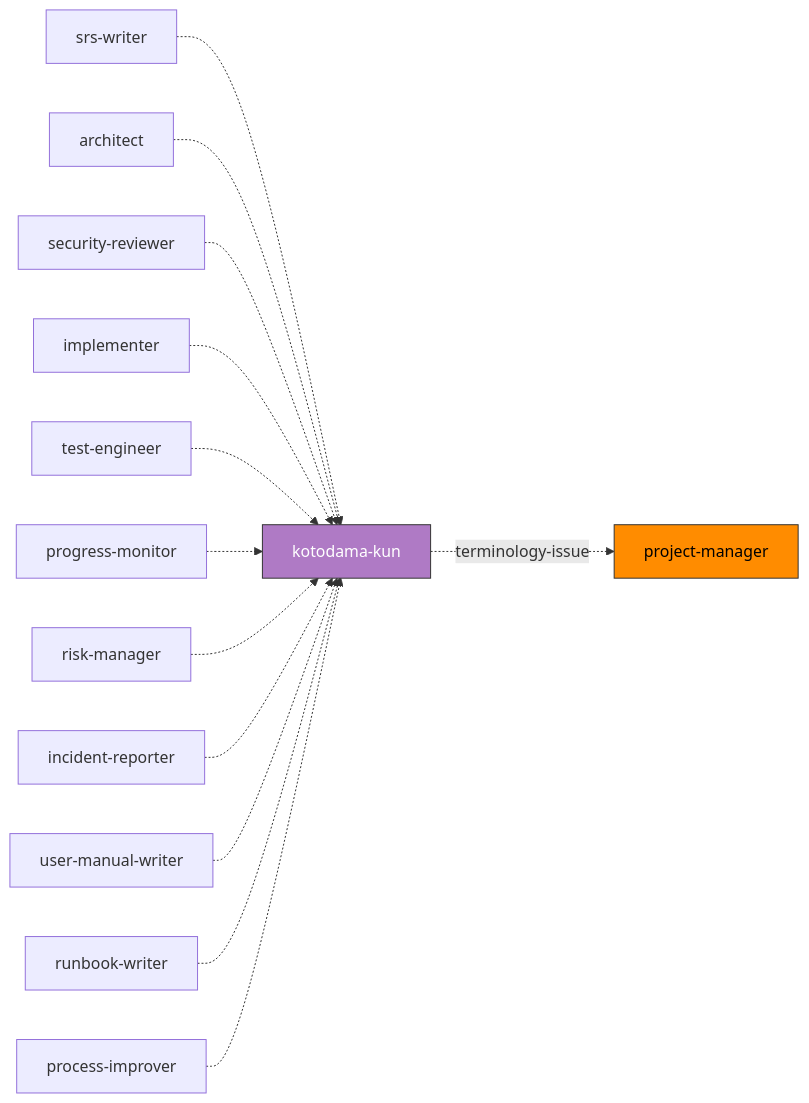
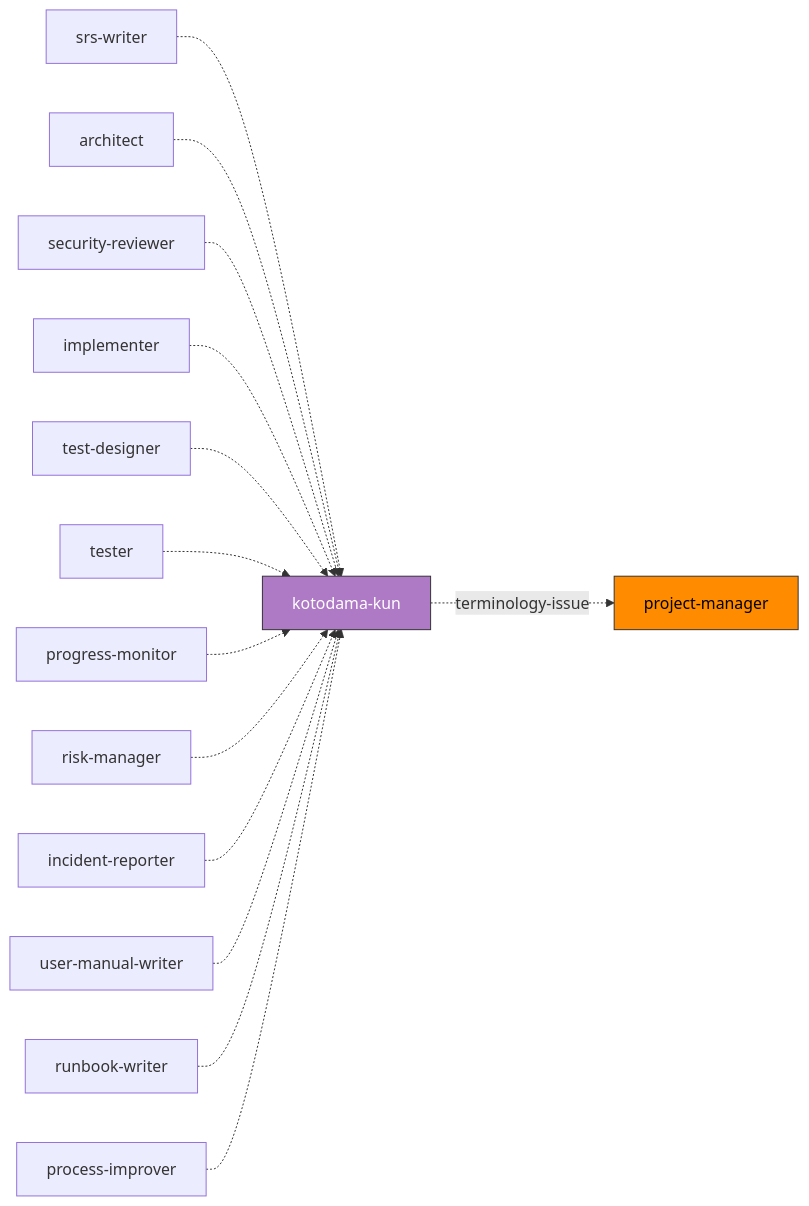
One commit to GoodRelax/gr-sw-maker changed the fourth of 4 diagrams in framework-src/ja/process-rules/agent-list.md. Above: the diagram before and after it, drawn with Mermaid. The commit also changed other lines of this file and 19 other files, not shown here.

````diff
--- a/framework-src/ja/process-rules/agent-list.md
+++ b/framework-src/ja/process-rules/agent-list.md
@@ -387,19 +379,20 @@
 ```mermaid
 flowchart LR
     SRS["srs-writer"] -.-> Koto
     Arch["architect"] -.-> Koto
     Sec["security-reviewer"] -.-> Koto
     Impl["implementer"] -.-> Koto
-    Test["test-engineer"] -.-> Koto
+    TD["test-designer"] -.-> Koto
+    TR["tester"] -.-> Koto
     PM["progress-monitor"] -.-> Koto
     RM["risk-manager"] -.-> Koto
     IR["incident-reporter"] -.-> Koto
     UMW["user-manual-writer"] -.-> Koto
     RBW["runbook-writer"] -.-> Koto
     PI["process-improver"] -.-> Koto
 
     Koto["kotodama-kun"] -.->|"terminology-issue"| Orch["project-manager"]
 
     style Koto fill:#af7ac5,stroke:#333,color:#fff
     style Orch fill:#FF8C00,stroke:#333,color:#000
 ```
````
